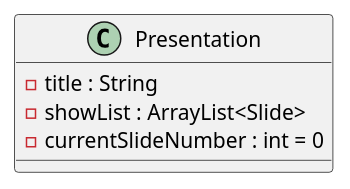
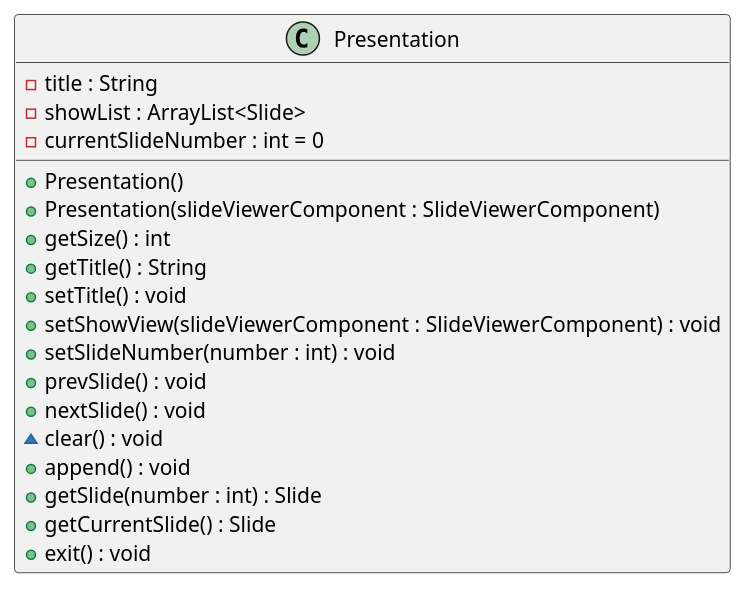
Before and after one commit to gabrielrtlima/diagramas-padroes-projeto: the diagram in classes/Presentation.puml, drawn with PlantUML. The commit also changed 13 other files, not shown here.

```diff
--- a/classes/Presentation.puml
+++ b/classes/Presentation.puml
@@ -1,11 +1,26 @@
 @startuml presentation
 
 class Presentation {
 
   - title : String
   - showList : ArrayList<Slide>
   - currentSlideNumber : int = 0
 
+  + Presentation()
+  + Presentation(slideViewerComponent : SlideViewerComponent)
+  + getSize() : int
+  + getTitle() : String
+  + setTitle() : void
+  + setShowView(slideViewerComponent : SlideViewerComponent) : void
+  + setSlideNumber(number : int) : void
+  + prevSlide() : void
+  + nextSlide() : void
+  ~ clear() : void
+  + append() : void
+  + getSlide(number : int) : Slide
+  + getCurrentSlide() : Slide
+  + exit() : void
+
 }
 
 @enduml
```
